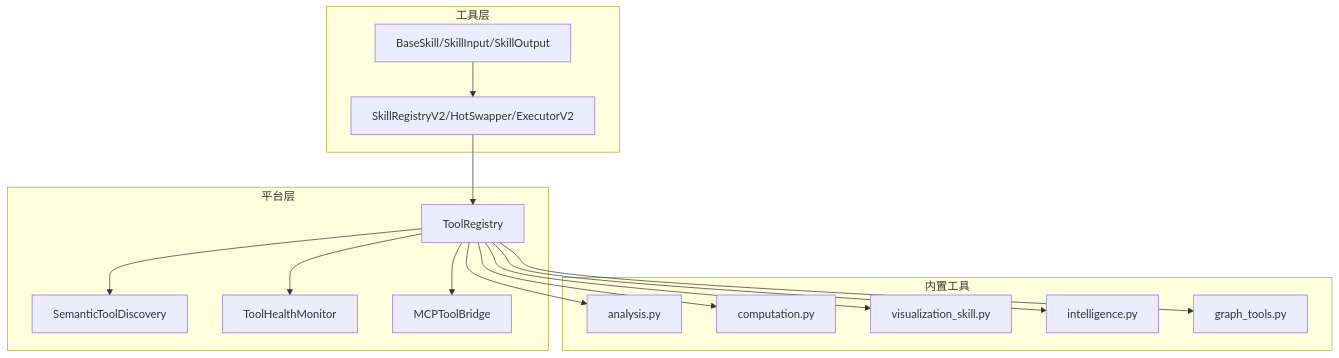
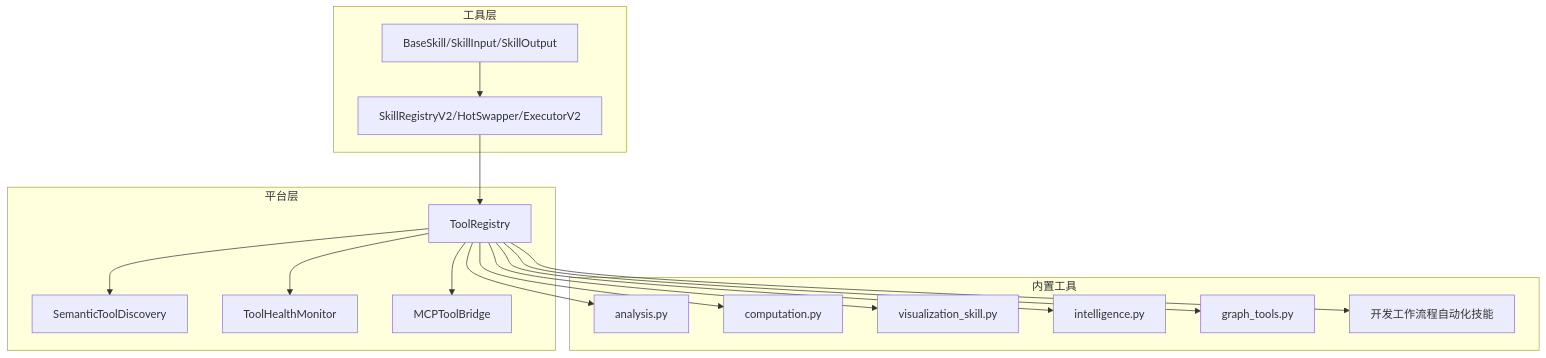
Before and after one commit to inier/ontology-graphiti: the second of 8 diagrams in .qoder/repowiki/zh/content/后端服务/工具技能系统/工具技能系统.md, drawn with Mermaid. The commit also changed other lines of this file and 875 other files, not shown here.

````diff
--- a/.qoder/repowiki/zh/content/后端服务/工具技能系统/工具技能系统.md
+++ b/.qoder/repowiki/zh/content/后端服务/工具技能系统/工具技能系统.md
@@ -104,30 +118,32 @@
 ```mermaid
 graph TB
 subgraph "工具层"
 T["BaseSkill/SkillInput/SkillOutput"]
 R["SkillRegistryV2/HotSwapper/ExecutorV2"]
 end
 subgraph "平台层"
 TR["ToolRegistry"]
 SD["SemanticToolDiscovery"]
 HM["ToolHealthMonitor"]
 MB["MCPToolBridge"]
 end
 subgraph "内置工具"
 A1["analysis.py"]
 C1["computation.py"]
 V1["visualization_skill.py"]
 I1["intelligence.py"]
 G1["graph_tools.py"]
+D1["开发工作流程自动化技能"]
 end
 T --> R
 R --> TR
 TR --> SD
 TR --> HM
 TR --> MB
 TR --> A1
 TR --> C1
 TR --> V1
 TR --> I1
 TR --> G1
+TR --> D1
 ```
````
